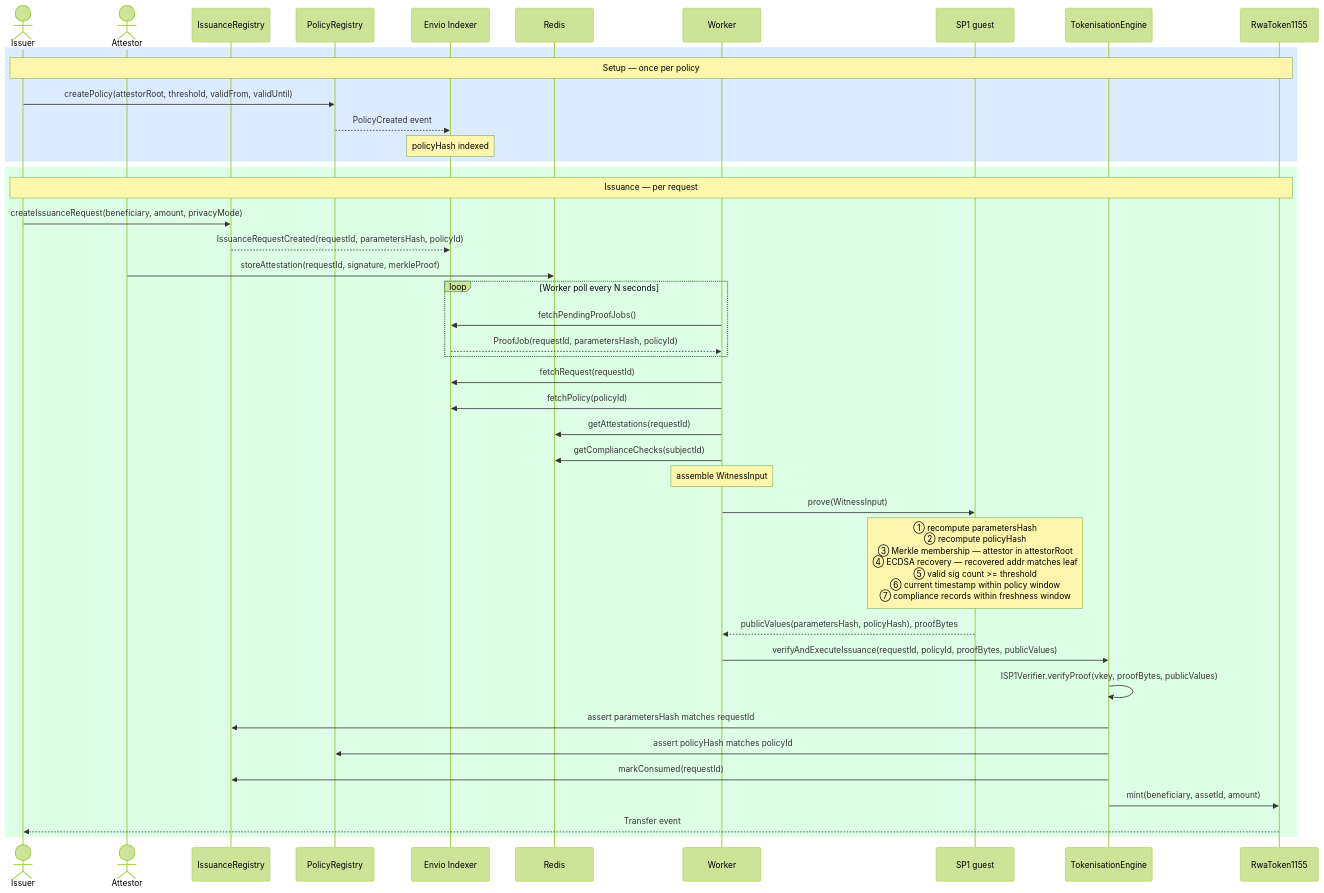
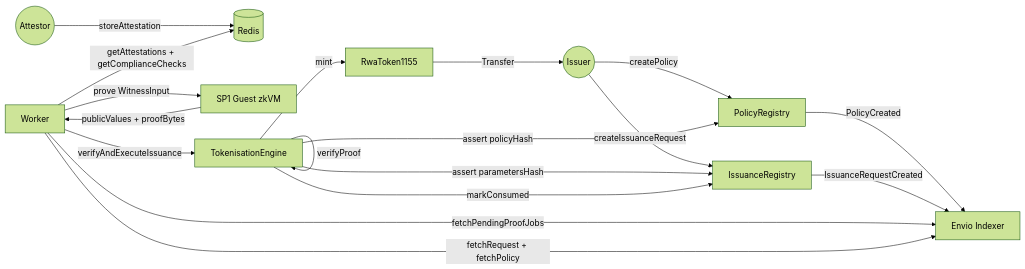
Before and after one commit to sphamjoli/eudemonia: the diagram in README.md, drawn with Mermaid (forest theme). The commit also changed other lines of this file and 1 other file, not shown here.

````diff
--- a/README.md
+++ b/README.md
@@ -46,51 +54,35 @@
 ```mermaid
-sequenceDiagram
-    actor Issuer
-    actor Attestor
-    participant IR as IssuanceRegistry
-    participant PR as PolicyRegistry
-    participant IDX as Envio Indexer
-    participant RDS as Redis
-    participant W as Worker
-    participant SP1 as SP1 guest
-    participant TE as TokenisationEngine
-    participant TKN as RwaToken1155
+flowchart LR
+    Issuer((Issuer))
+    Attestor((Attestor))
+    IR[IssuanceRegistry]
+    PR[PolicyRegistry]
+    IDX[Envio Indexer]
+    RDS[(Redis)]
+    W[Worker]
+    SP1[SP1 Guest zkVM]
+    TE[TokenisationEngine]
+    TKN[RwaToken1155]
 
-    rect rgb(220, 235, 255)
-        Note over Issuer,TKN: Setup — once per policy
-        Issuer->>PR: createPolicy(attestorRoot, threshold, validFrom, validUntil)
-        PR-->>IDX: PolicyCreated event
-        Note over IDX: policyHash indexed
-    end
+    Issuer -->|createPolicy| PR
+    PR -->|PolicyCreated| IDX
 
-    rect rgb(220, 255, 230)
-        Note over Issuer,TKN: Issuance — per request
-        Issuer->>IR: createIssuanceRequest(beneficiary, amount, privacyMode)
-        IR-->>IDX: IssuanceRequestCreated(requestId, parametersHash, policyId)
+    Issuer -->|createIssuanceRequest| IR
+    IR -->|IssuanceRequestCreated| IDX
 
-        Attestor->>RDS: storeAttestation(requestId, signature, merkleProof)
+    Attestor -->|storeAttestation| RDS
 
-        loop Worker poll every N seconds
-            W->>IDX: fetchPendingProofJobs()
-            IDX-->>W: ProofJob(requestId, parametersHash, policyId)
-        end
+    W -->|fetchPendingProofJobs| IDX
+    W -->|fetchRequest + fetchPolicy| IDX
+    W -->|getAttestations + getComplianceChecks| RDS
+    W -->|prove WitnessInput| SP1
+    SP1 -->|publicValues + proofBytes| W
 
-        W->>IDX: fetchRequest(requestId)
-        W->>IDX: fetchPolicy(policyId)
-        W->>RDS: getAttestations(requestId)
-        W->>RDS: getComplianceChecks(subjectId)
-        Note over W: assemble WitnessInput
-
-        W->>SP1: prove(WitnessInput)
-        Note over SP1: ① recompute parametersHash<br/>② recompute policyHash<br/>③ Merkle membership — attestor in attestorRoot<br/>④ ECDSA recovery — recovered addr matches leaf<br/>⑤ valid sig count >= threshold<br/>⑥ current timestamp within policy window<br/>⑦ compliance records within freshness window
-        SP1-->>W: publicValues(parametersHash, policyHash), proofBytes
-
-        W->>TE: verifyAndExecuteIssuance(requestId, policyId, proofBytes, publicValues)
-        TE->>TE: ISP1Verifier.verifyProof(vkey, proofBytes, publicValues)
-        TE->>IR: assert parametersHash matches requestId
-        TE->>PR: assert policyHash matches policyId
-        TE->>IR: markConsumed(requestId)
-        TE->>TKN: mint(beneficiary, assetId, amount)
-        TKN-->>Issuer: Transfer event
-    end
+    W -->|verifyAndExecuteIssuance| TE
+    TE -->|verifyProof| TE
+    TE -->|assert parametersHash| IR
+    TE -->|assert policyHash| PR
+    TE -->|markConsumed| IR
+    TE -->|mint| TKN
+    TKN -->|Transfer| Issuer
 ```
````
